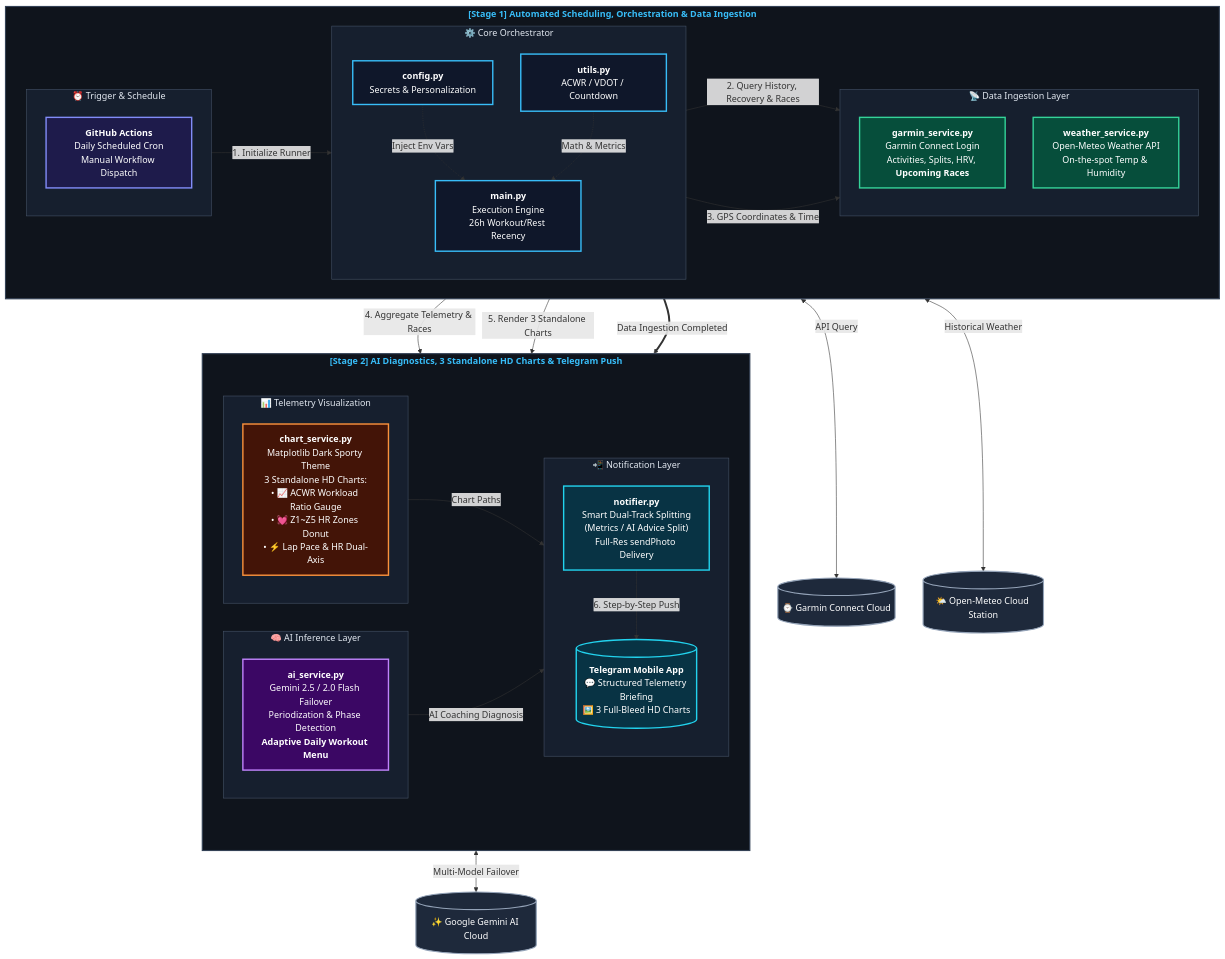
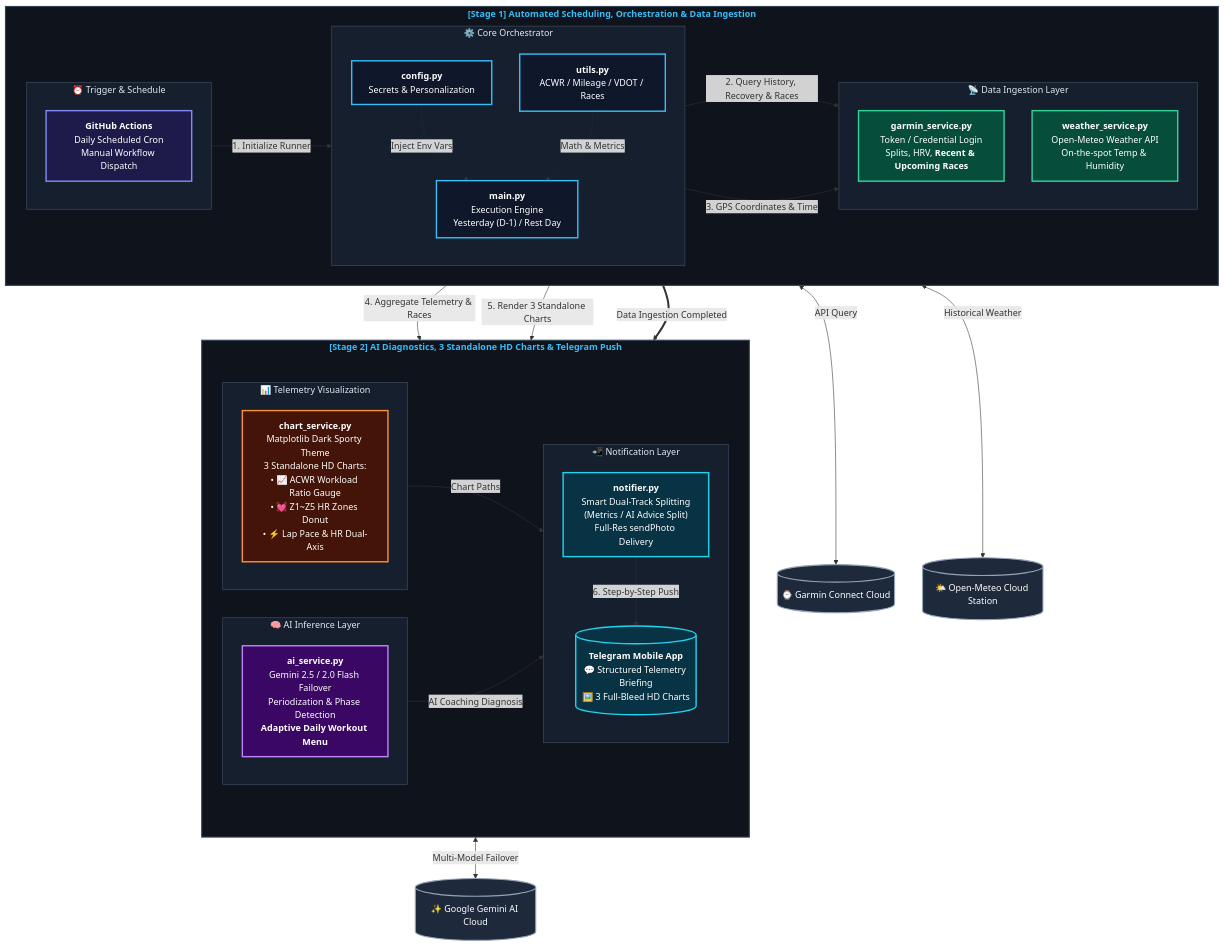
One commit to flin1009/AI_Coach changed the diagram in README_EN.md. Above: the diagram before and after it, drawn with Mermaid. The commit also changed other lines of this file and 3 other files, not shown here.

Commit message:
docs: sync READMEs and GitHub Pages site with recent race, mileage, token, and CI updates

```diff
--- a/README_EN.md
+++ b/README_EN.md
@@ -47,14 +47,14 @@
 
         subgraph G_CORE["⚙️ Core Orchestrator"]
             direction TB
-            MAIN["<b>main.py</b><br/>Execution Engine<br/>26h Workout/Rest Recency"]
+            MAIN["<b>main.py</b><br/>Execution Engine<br/>Yesterday (D-1) / Rest Day"]
             CONF["<b>config.py</b><br/>Secrets & Personalization"]
-            UTIL["<b>utils.py</b><br/>ACWR / VDOT / Countdown"]
+            UTIL["<b>utils.py</b><br/>ACWR / Mileage / VDOT / Races"]
         end
 
         subgraph G_DATA["📡 Data Ingestion Layer"]
             direction TB
-            GARMIN["<b>garmin_service.py</b><br/>Garmin Connect Login<br/>Activities, Splits, HRV, <b>Upcoming Races</b>"]
+            GARMIN["<b>garmin_service.py</b><br/>Token / Credential Login<br/>Splits, HRV, <b>Recent & Upcoming Races</b>"]
             WEATHER["<b>weather_service.py</b><br/>Open-Meteo Weather API<br/>On-the-spot Temp & Humidity"]
         end
     end
```
